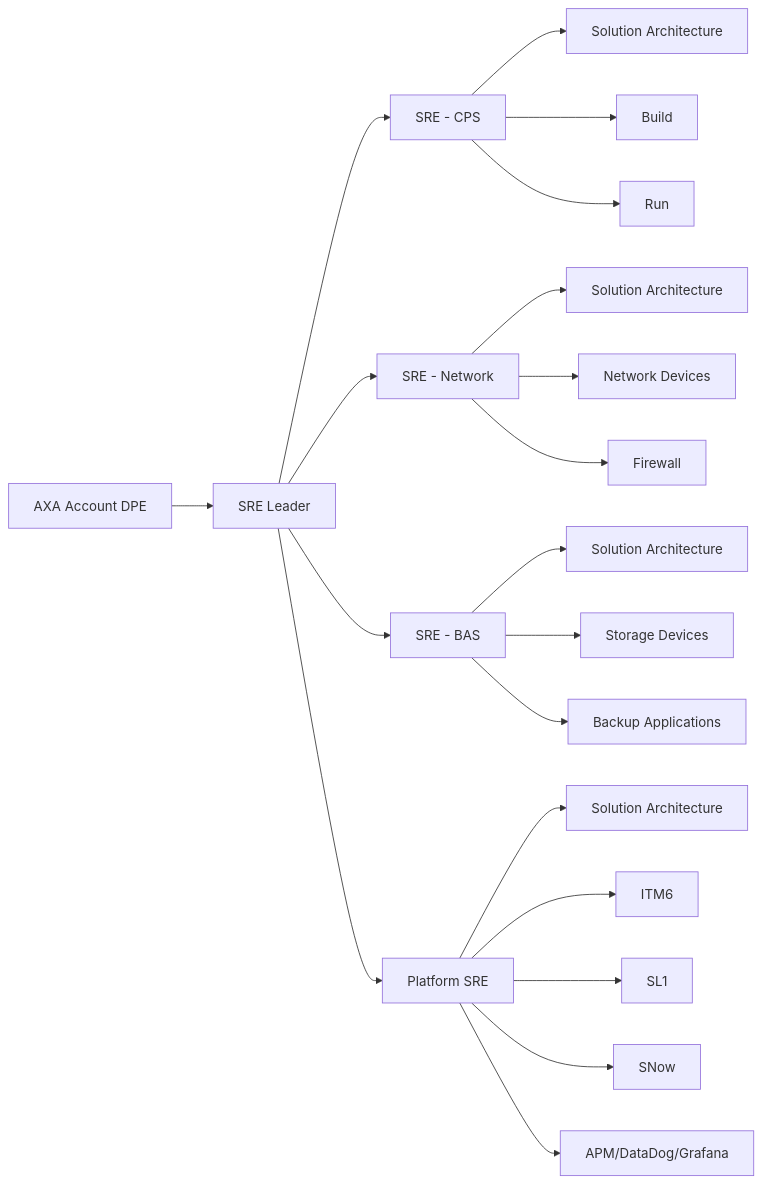
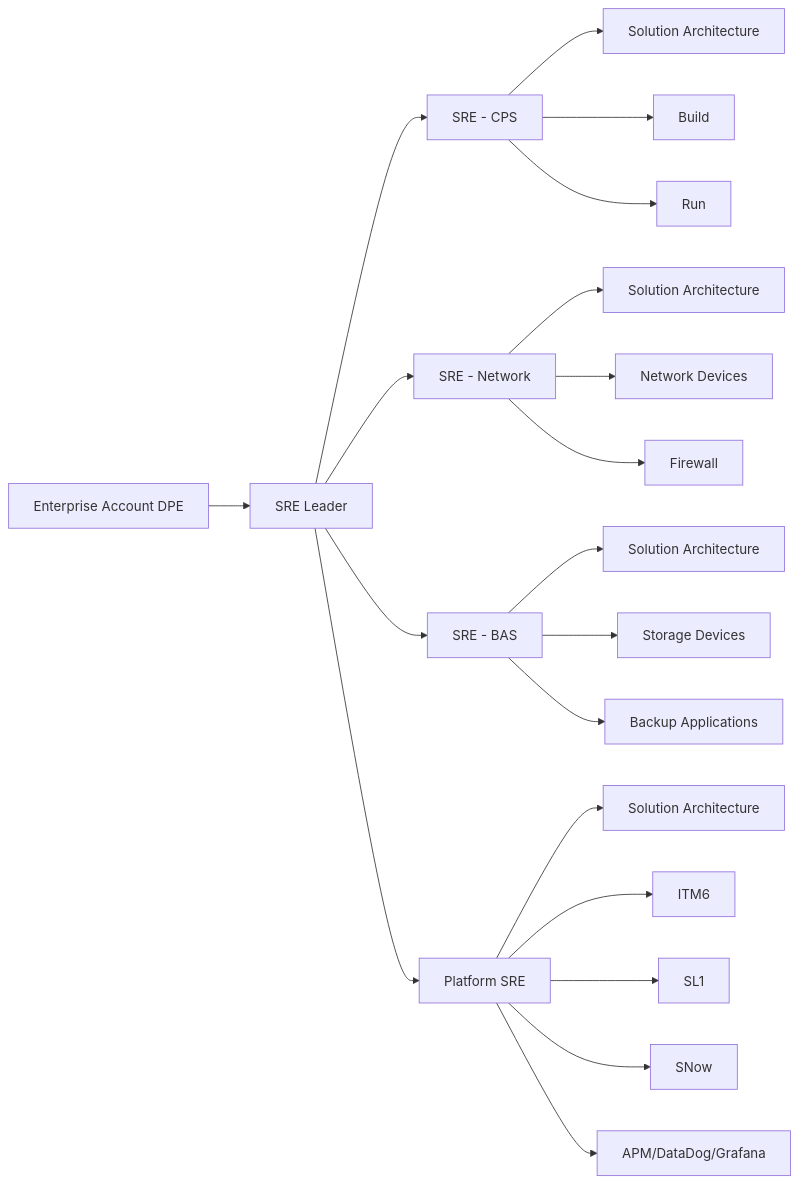
Before and after one commit to spnizen/cognitive-automation: the diagram in docs/sre/overview.md, drawn with Mermaid. The commit also changed other lines of this file and 112 other files, not shown here.

````diff
--- a/docs/sre/overview.md
+++ b/docs/sre/overview.md
@@ -7,22 +7,22 @@
     ``` mermaid
         flowchart LR
-            S[AXA Account DPE]-->A[SRE Leader]
+            S[Enterprise Account DPE]-->A[SRE Leader]
             A-->B[SRE - CPS] 
             B-->CPS1[Solution Architecture]
             B-->CPS2[Build]
             B-->CPS3[Run]
             A-->C[SRE - Network] 
             C-->NW1[Solution Architecture]
             C-->NW2[Network Devices]
             C-->NW3[Firewall]
             A-->D[SRE - BAS] 
             D-->BAS1[Solution Architecture]
             D-->BAS2[Storage Devices]
             D-->BAS3[Backup Applications]
             A-->E[Platform SRE] 
             E-->MT0[Solution Architecture]
             E-->MT1[ITM6]
             E-->MT2[SL1]
             E-->MT3[SNow]
             E-->MT4[APM/DataDog/Grafana]
     ```
````
